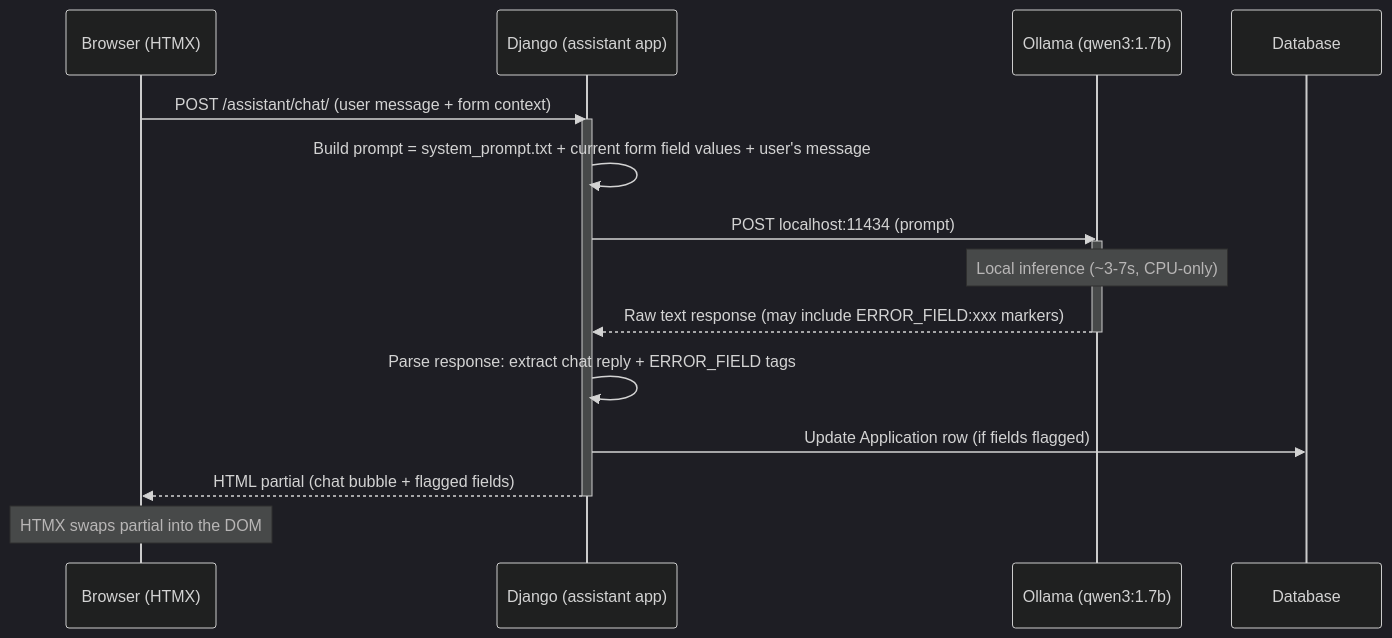
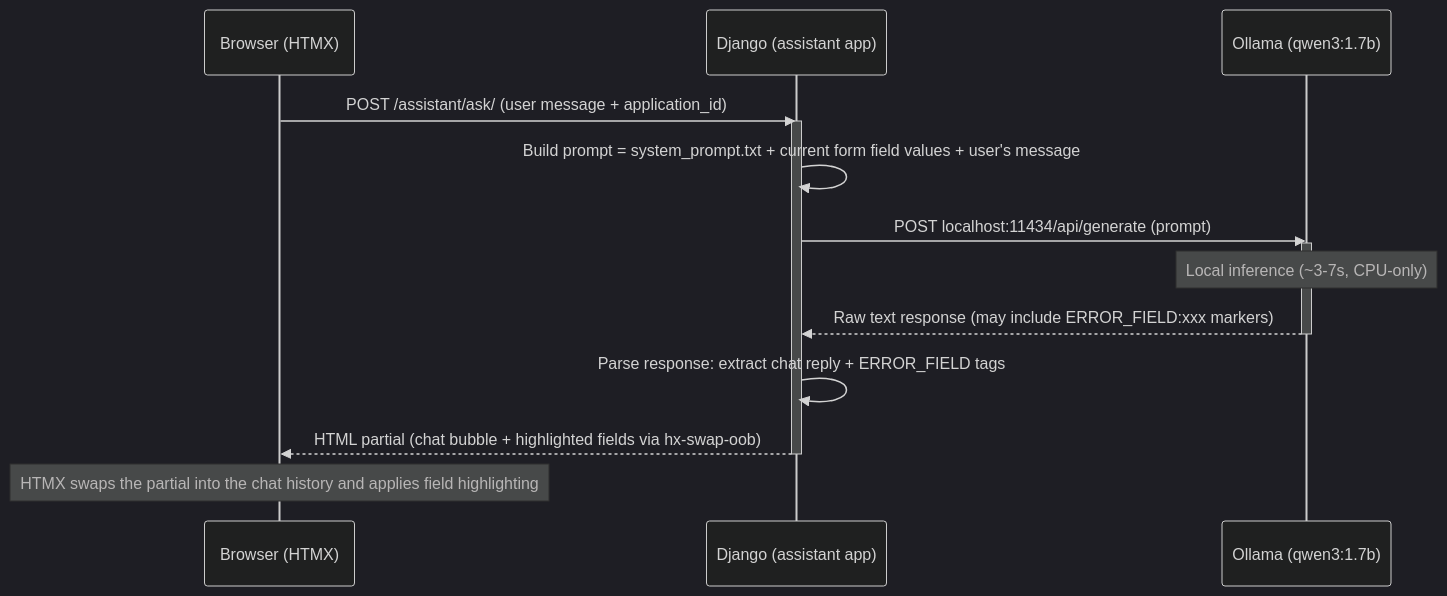
The diagram in workflow.md (Spectre206/smartform), drawn with Mermaid (dark theme) before and after one commit. The commit also changed other lines of this file and 2 other files, not shown here.

````diff
--- a/workflow.md
+++ b/workflow.md
@@ -93,21 +95,19 @@
 ```mermaid
 sequenceDiagram
     participant B as Browser (HTMX)
     participant D as Django (assistant app)
     participant O as Ollama (qwen3:1.7b)
-    participant DB as Database
 
-    B->>D: POST /assistant/chat/ (user message + form context)
+    B->>D: POST /assistant/ask/ (user message + application_id)
     activate D
     D->>D: Build prompt = system_prompt.txt + current form field values + user's message
-    D->>O: POST localhost:11434 (prompt)
+    D->>O: POST localhost:11434/api/generate (prompt)
     activate O
     Note over O: Local inference (~3-7s, CPU-only)
     O-->>D: Raw text response (may include ERROR_FIELD:xxx markers)
     deactivate O
     D->>D: Parse response: extract chat reply + ERROR_FIELD tags
-    D->>DB: Update Application row (if fields flagged)
-    D-->>B: HTML partial (chat bubble + flagged fields)
+    D-->>B: HTML partial (chat bubble + highlighted fields via hx-swap-oob)
     deactivate D
-    Note over B: HTMX swaps partial into the DOM
+    Note over B: HTMX swaps the partial into the chat history and applies field highlighting
 ```
````
